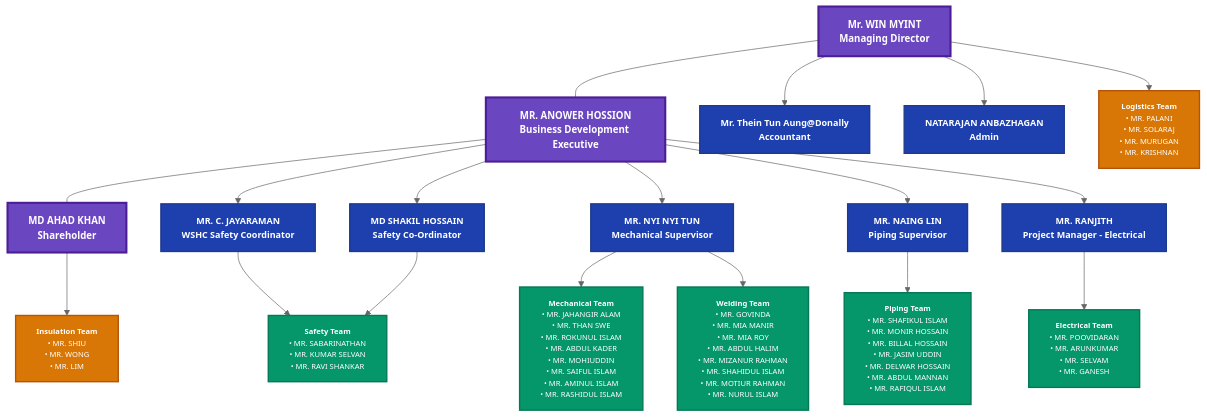
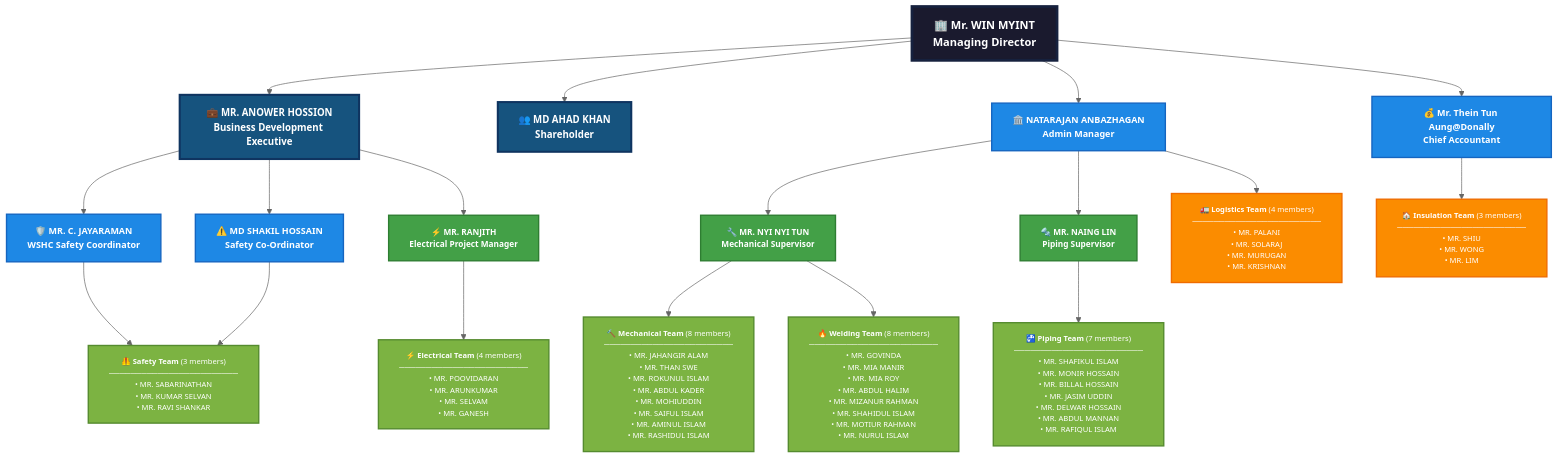
Before and after one commit to lintware/jbswebpage: the diagram in orgchart.md, drawn with Mermaid (neutral theme). The commit also changed 3 other files, not shown here.

Commit message:
Update project title to 'Wuxi Bio Project Tuas' in projects.json; revise org chart for enhanced clarity and styling, including new icons and structural adjustments.

````diff
--- a/orgchart.md
+++ b/orgchart.md
@@ -5,31 +5,46 @@
 ```mermaid
-graph TD
-    %% Board of Directors Level (Same Level)
-    MD["`**Mr. WIN MYINT**
+flowchart TD
+    %% ===========================================
+    %% BOARD OF DIRECTORS LEVEL
+    %% ===========================================
+    MD["`🏢 **Mr. WIN MYINT**
     Managing Director`"]
-    BDE["`**MR. ANOWER HOSSION**
+    
+    %% ===========================================
+    %% EXECUTIVE LEVEL (C-Suite & Directors)
+    %% ===========================================
+    BDE["`💼 **MR. ANOWER HOSSION**
     Business Development Executive`"]
-    SH["`**MD AHAD KHAN**
+    SH["`👥 **MD AHAD KHAN**
     Shareholder`"]
     
-    %% Key Executives Level
-    ACC["`**Mr. Thein Tun Aung@Donally**
-    Accountant`"]
-    ADM["`**NATARAJAN ANBAZHAGAN** 
-    Admin`"]
-    WSH["`**MR. C. JAYARAMAN**
+    %% ===========================================
+    %% DEPARTMENT HEADS & MANAGERS
+    %% ===========================================
+    ACC["`💰 **Mr. Thein Tun Aung@Donally**
+    Chief Accountant`"]
+    ADM["`🏛️ **NATARAJAN ANBAZHAGAN**
+    Admin Manager`"]
+    WSH["`🛡️ **MR. C. JAYARAMAN**
     WSHC Safety Coordinator`"]
-    SC["`**MD SHAKIL HOSSAIN**
+    SC["`⚠️ **MD SHAKIL HOSSAIN**
     Safety Co-Ordinator`"]
-    MS["`**MR. NYI NYI TUN**
+    
+    %% ===========================================
+    %% SUPERVISORS & PROJECT MANAGERS
+    %% ===========================================
+    MS["`🔧 **MR. NYI NYI TUN**
     Mechanical Supervisor`"]
-    PS["`**MR. NAING LIN**
+    PS["`🔩 **MR. NAING LIN**
     Piping Supervisor`"]
-    PM["`**MR. RANJITH**
-    Project Manager - Electrical`"]
+    PM["`⚡ **MR. RANJITH**
+    Electrical Project Manager`"]
     
-    %% Department Teams
-    MECHTEAM["`**Mechanical Team**
+    %% ===========================================
+    %% OPERATIONAL TEAMS
+    %% ===========================================
+    MECHTEAM["`🔨 **Mechanical Team** (8 members)
+    ────────────────────────
     • MR. JAHANGIR ALAM
     • MR. THAN SWE
     • MR. ROKUNUL ISLAM
@@ -39,7 +54,8 @@
     • MR. AMINUL ISLAM
     • MR. RASHIDUL ISLAM`"]
     
-    WELDTEAM["`**Welding Team**
+    WELDTEAM["`🔥 **Welding Team** (8 members)
+    ────────────────────────
     • MR. GOVINDA
     • MR. MIA MANIR
     • MR. MIA ROY
@@ -49,7 +65,8 @@
     • MR. MOTIUR RAHMAN
     • MR. NURUL ISLAM`"]
     
-    PIPETEAM["`**Piping Team**
+    PIPETEAM["`🚰 **Piping Team** (7 members)
+    ────────────────────────
     • MR. SHAFIKUL ISLAM
     • MR. MONIR HOSSAIN
     • MR. BILLAL HOSSAIN
@@ -58,61 +75,88 @@
     • MR. ABDUL MANNAN
     • MR. RAFIQUL ISLAM`"]
     
-    ELECTEAM["`**Electrical Team**
+    ELECTEAM["`⚡ **Electrical Team** (4 members)
+    ────────────────────────
     • MR. POOVIDARAN
     • MR. ARUNKUMAR
     • MR. SELVAM
     • MR. GANESH`"]
     
-    SAFETEAM["`**Safety Team**
+    SAFETEAM["`🦺 **Safety Team** (3 members)
+    ────────────────────────
     • MR. SABARINATHAN
     • MR. KUMAR SELVAN
     • MR. RAVI SHANKAR`"]
     
-    LOGITEAM["`**Logistics Team**
+    LOGITEAM["`🚛 **Logistics Team** (4 members)
+    ────────────────────────
     • MR. PALANI
     • MR. SOLARAJ
     • MR. MURUGAN
     • MR. KRISHNAN`"]
     
-    INSULTEAM["`**Insulation Team**
+    INSULTEAM["`🏠 **Insulation Team** (3 members)
+    ────────────────────────
     • MR. SHIU
     • MR. WONG
     • MR. LIM`"]
     
-    %% Board Level - All same level
-    MD --- BDE
-    BDE --- SH
+    %% ===========================================
+    %% ORGANIZATIONAL HIERARCHY
+    %% ===========================================
     
-    %% Board to Key Executives
+    %% Board Level
+    MD --> BDE
+    MD --> SH
+    
+    %% Executive Level Reports to MD
     MD --> ACC
     MD --> ADM
     BDE --> WSH
     BDE --> SC
-    BDE --> MS
-    BDE --> PS
+    
+    %% Department Heads Report to Executives
+    ADM --> MS
+    ADM --> PS
     BDE --> PM
     
-    %% Key Executives to Department Teams
+    %% Teams Report to Supervisors/Managers
     MS --> MECHTEAM
     MS --> WELDTEAM
     PS --> PIPETEAM
     PM --> ELECTEAM
     WSH --> SAFETEAM
     SC --> SAFETEAM
+    ADM --> LOGITEAM
+    ACC --> INSULTEAM
     
-    %% Support Departments report directly to Board
-    MD --> LOGITEAM
-    SH --> INSULTEAM
+    %% ===========================================
+    %% ADVANCED STYLING
+    %% ===========================================
     
-    %% Styling
-    classDef boardLevel fill:#6B46C1,stroke:#4C1D95,stroke-width:3px,color:#fff,font-weight:bold,font-size:14px
-    classDef execLevel fill:#1E40AF,stroke:#1E3A8A,stroke-width:2px,color:#fff,font-weight:bold,font-size:13px
-    classDef team fill:#059669,stroke:#047857,stroke-width:2px,color:#fff,font-size:11px
-    classDef support fill:#D97706,stroke:#B45309,stroke-width:2px,color:#fff,font-size:11px
+    %% Board of Directors (Top Tier)
+    classDef ceo fill:#1a1a2e,stroke:#16213e,stroke-width:4px,color:#fff,font-weight:bold,font-size:16px,border-radius:15px
     
-    class MD,BDE,SH boardLevel
-    class ACC,ADM,WSH,SC,MS,PS,PM execLevel
+    %% Executive Level (C-Suite)
+    classDef executive fill:#16537e,stroke:#0f3460,stroke-width:3px,color:#fff,font-weight:bold,font-size:14px,border-radius:12px
+    
+    %% Department Heads & Managers
+    classDef manager fill:#1e88e5,stroke:#1565c0,stroke-width:2px,color:#fff,font-weight:bold,font-size:13px,border-radius:10px
+    
+    %% Supervisors
+    classDef supervisor fill:#43a047,stroke:#2e7d32,stroke-width:2px,color:#fff,font-weight:bold,font-size:12px,border-radius:8px
+    
+    %% Operational Teams
+    classDef team fill:#7cb342,stroke:#558b2f,stroke-width:2px,color:#fff,font-size:11px,border-radius:8px
+    
+    %% Support Teams
+    classDef support fill:#fb8c00,stroke:#ef6c00,stroke-width:2px,color:#fff,font-size:11px,border-radius:8px
+    
+    %% Apply Styles
+    class MD ceo
+    class BDE,SH executive
+    class ACC,ADM,WSH,SC manager
+    class MS,PS,PM supervisor
     class MECHTEAM,WELDTEAM,PIPETEAM,ELECTEAM,SAFETEAM team
     class LOGITEAM,INSULTEAM support
 ```
````
